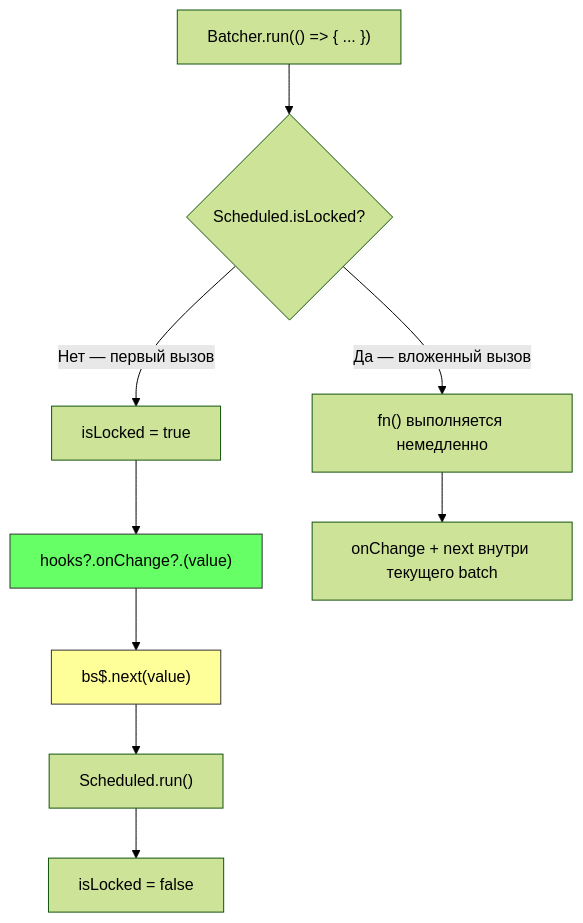
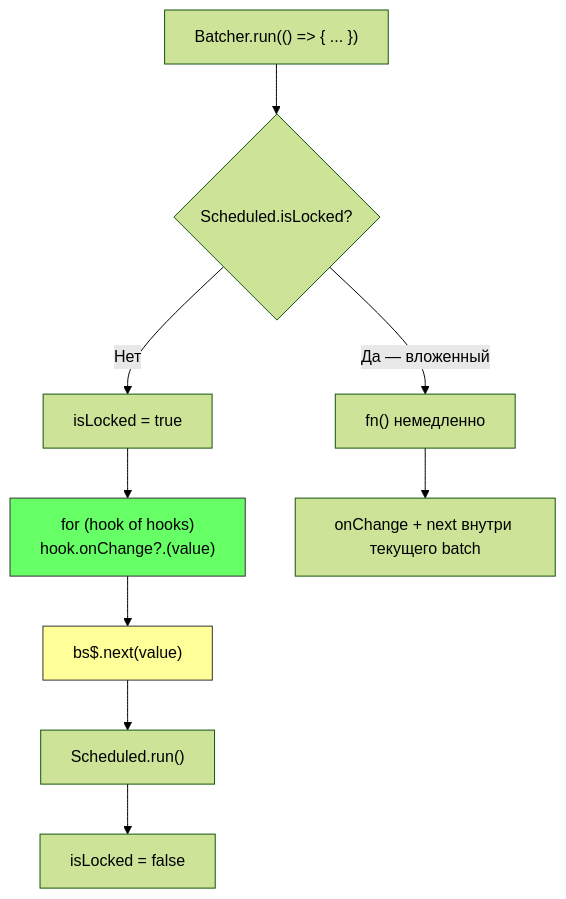
The fifth of 11 diagrams in .thoughts/2026-03-11_signal-devtools-lifecycle/02-design/02-dataflow.md (fozy-labs/rx-toolkit), drawn with Mermaid (forest theme) before and after one commit. The commit also changed other lines of this file and 9 other files, not shown here.

````diff
--- a/.thoughts/2026-03-11_signal-devtools-lifecycle/02-design/02-dataflow.md
+++ b/.thoughts/2026-03-11_signal-devtools-lifecycle/02-design/02-dataflow.md
@@ -194,15 +190,15 @@
 ```mermaid
 graph TD
     A["Batcher.run(() => { ... })"] --> B{Scheduled.isLocked?}
-    B -->|Нет — первый вызов| C["isLocked = true"]
-    C --> D["hooks?.onChange?.(value)"]
+    B -->|Нет| C["isLocked = true"]
+    C --> D["for (hook of hooks)<br/>hook.onChange?.(value)"]
     D --> E["bs$.next(value)"]
     E --> F["Scheduled.run()"]
     F --> G["isLocked = false"]
 
-    B -->|Да — вложенный вызов| H["fn() выполняется немедленно"]
+    B -->|Да — вложенный| H["fn() немедленно"]
     H --> I["onChange + next внутри текущего batch"]
 
     style D fill:#6f6,stroke:#333
     style E fill:#ff9,stroke:#333
 ```
````
